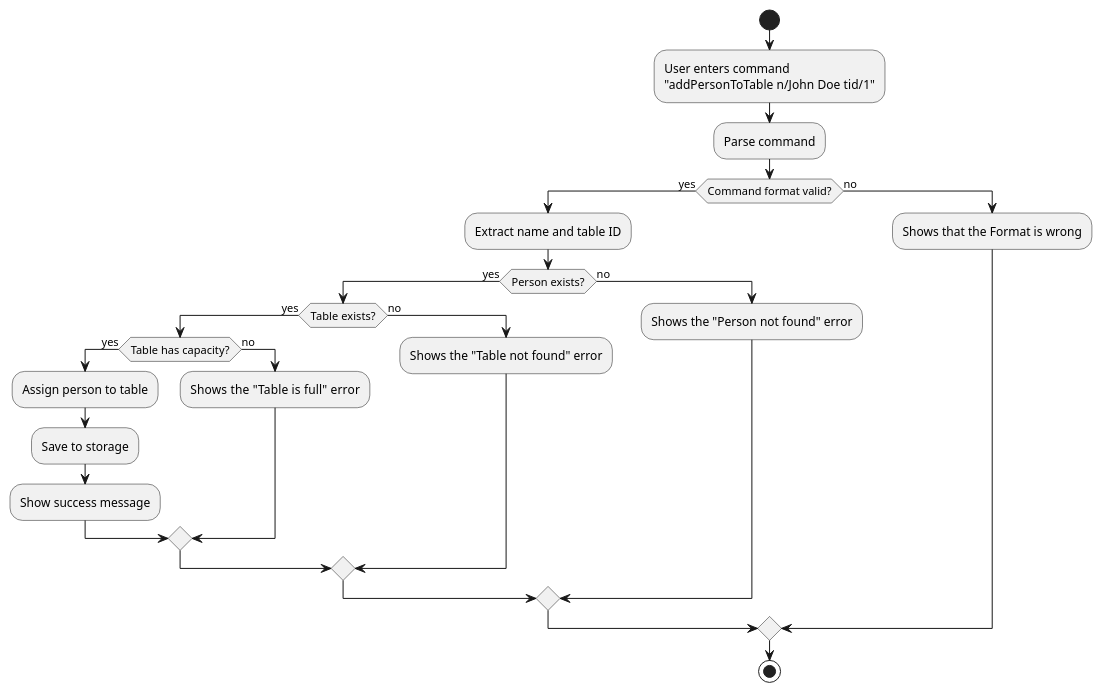
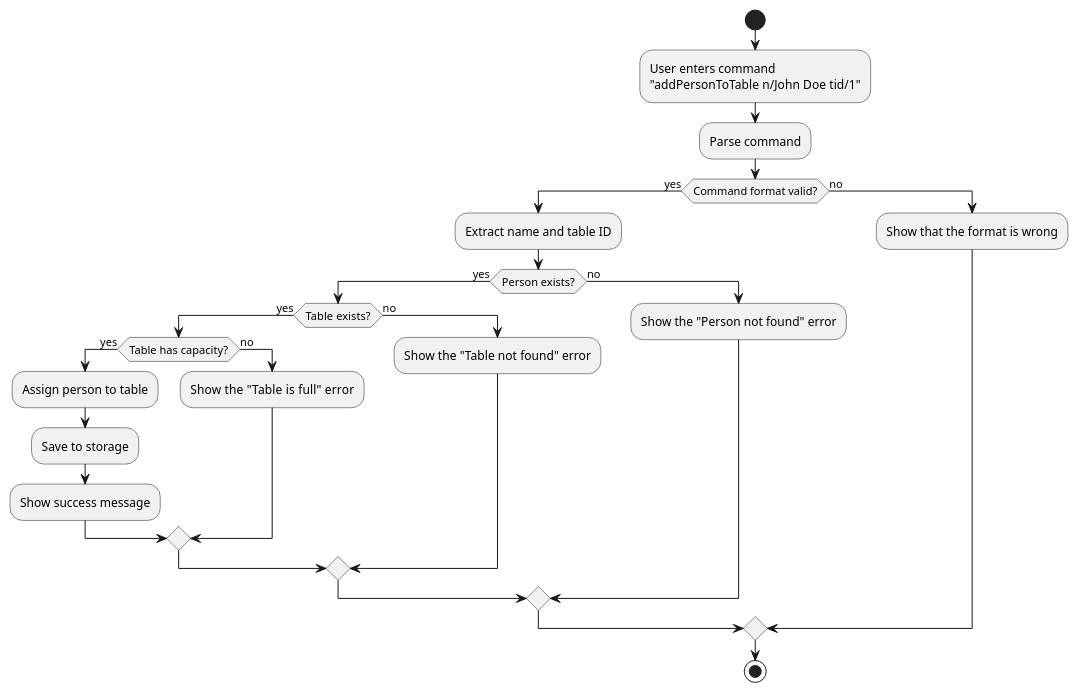
One commit to AY2425S2-CS2103T-F12-3/tp changed the diagram in diagrams/AddPersonToTableActivityDiagram.puml. Above: the diagram before and after it, drawn with PlantUML. The commit also changed 60 other files, not shown here.

```diff
--- a/diagrams/AddPersonToTableActivityDiagram.puml
+++ b/diagrams/AddPersonToTableActivityDiagram.puml
@@ -1,31 +1,31 @@
 @startuml
 start
 
 :User enters command
 "addPersonToTable n/John Doe tid/1";
 
 :Parse command;
 
 if (Command format valid?) then (yes)
   :Extract name and table ID;
   if (Person exists?) then (yes)
     if (Table exists?) then (yes)
       if (Table has capacity?) then (yes)
         :Assign person to table;
         :Save to storage;
         :Show success message;
       else (no)
-        :Shows the  "Table is full" error;
+        :Show the  "Table is full" error;
       endif
     else (no)
-      :Shows the "Table not found" error;
+      :Show the "Table not found" error;
     endif
   else (no)
-    :Shows the "Person not found" error;
+    :Show the "Person not found" error;
   endif
 else (no)
-  :Shows that the Format is wrong;
+  :Show that the format is wrong;
 endif
 
 stop
 @enduml
```
